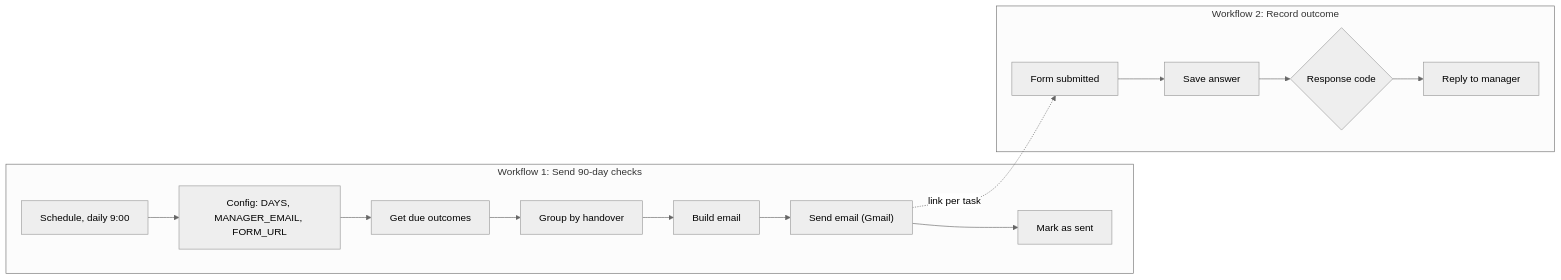
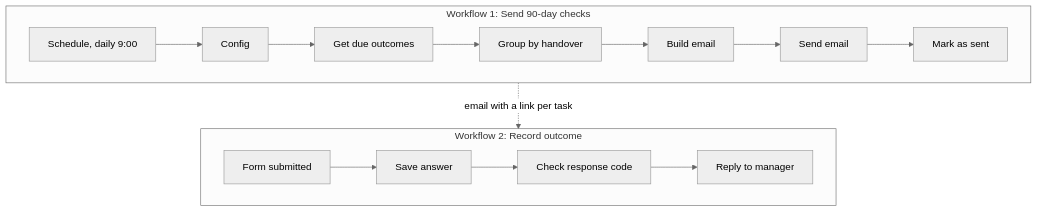
The diagram in README.md (pedrobcrc/offboard.ai), drawn with Mermaid (neutral theme) before and after one commit.

````diff
--- a/README.md
+++ b/README.md
@@ -186,17 +186,19 @@
 ```mermaid
-flowchart LR
+flowchart TB
   subgraph W1["Workflow 1: Send 90-day checks"]
-    A["Schedule, daily 9:00"] --> B["Config: DAYS, MANAGER_EMAIL, FORM_URL"]
+    direction LR
+    A["Schedule, daily 9:00"] --> B["Config"]
     B --> C["Get due outcomes"]
     C --> D["Group by handover"]
     D --> E["Build email"]
-    E --> F["Send email (Gmail)"]
+    E --> F["Send email"]
     F --> G["Mark as sent"]
   end
   subgraph W2["Workflow 2: Record outcome"]
+    direction LR
     H["Form submitted"] --> I["Save answer"]
-    I --> J{"Response code"}
+    I --> J["Check response code"]
     J --> K["Reply to manager"]
   end
-  F -. "link per task" .-> H
+  W1 -. "email with a link per task" .-> W2
 ```
````
